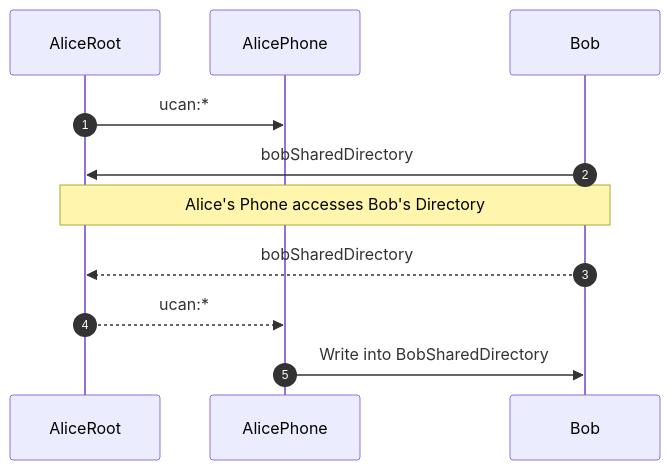
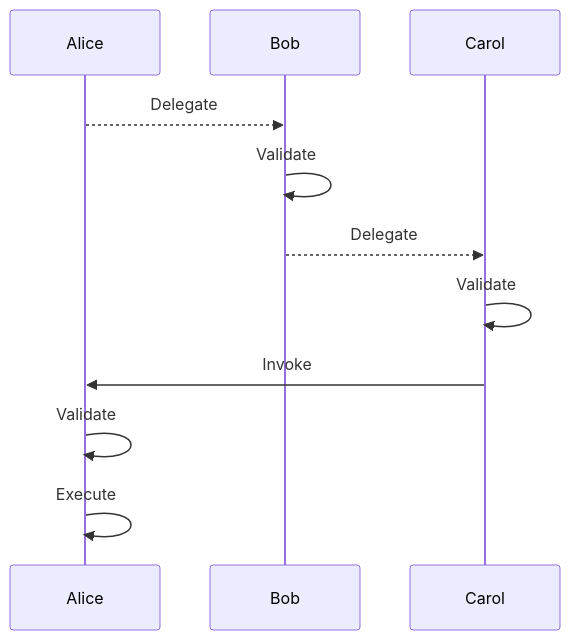
The third of 8 diagrams in README.md (ucan-wg/spec), drawn with Mermaid before and after one commit. The commit also changed other lines of this file and 5 other files, not shown here.

````diff
--- a/README.md
+++ b/README.md
@@ -639,15 +236,10 @@
 ``` mermaid
 sequenceDiagram
-    autonumber
-    participant AliceRoot
-    participant AlicePhone
-    participant Bob
-
-    AliceRoot ->> AlicePhone: ucan:*
-    Bob ->> AliceRoot: bobSharedDirectory
-    
-    Note over AliceRoot, Bob: Alice's Phone accesses Bob's Directory
-    Bob -->> AliceRoot: bobSharedDirectory
-    AliceRoot -->> AlicePhone: ucan:*
-    AlicePhone ->> Bob: Write into BobSharedDirectory
+    Alice -->> Bob: Delegate
+    Bob ->> Bob: Validate
+    Bob -->> Carol: Delegate
+    Carol ->> Carol: Validate
+    Carol ->> Alice: Invoke
+    Alice ->> Alice: Validate
+    Alice ->> Alice: Execute
 ```
````
